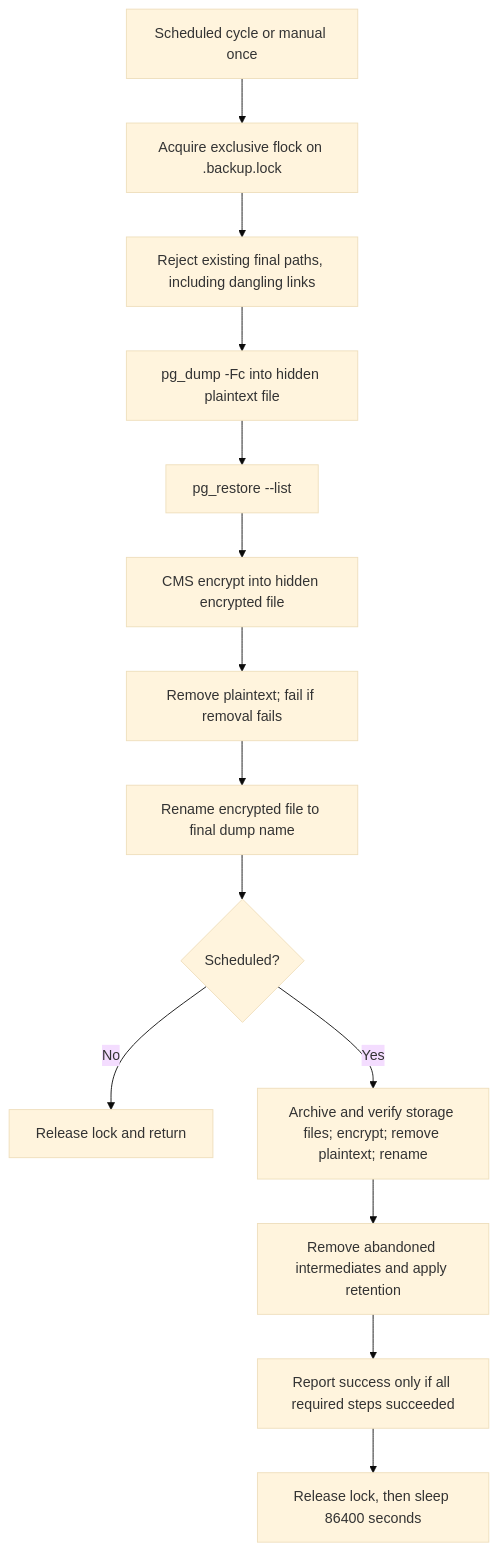
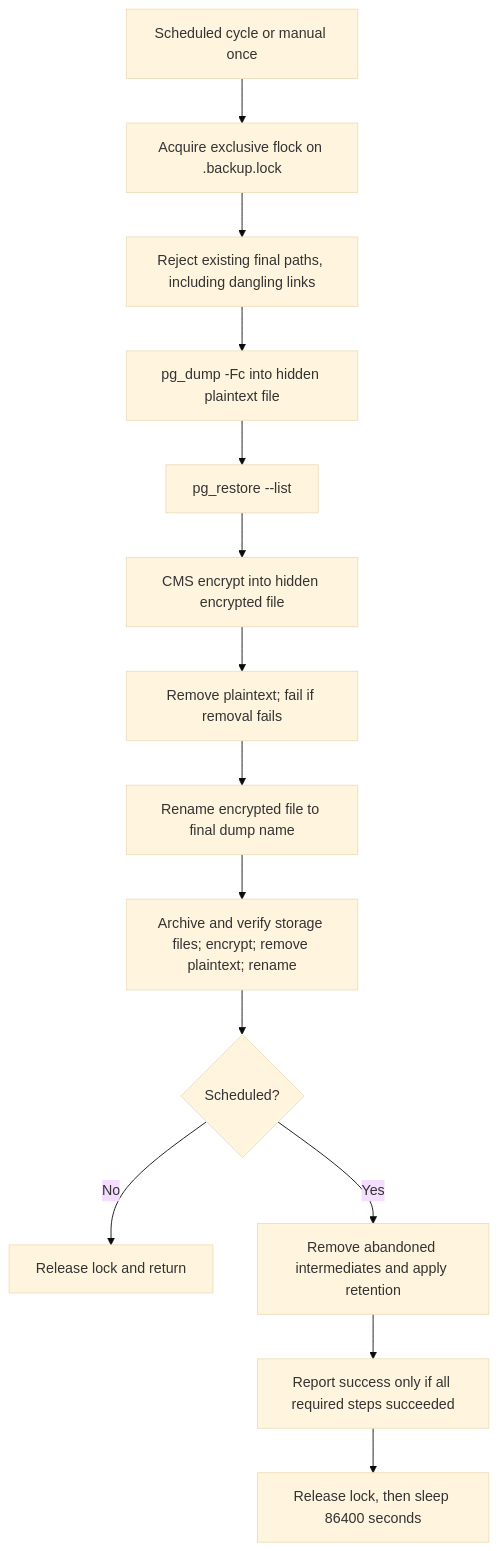
One commit to ohcnetwork/care_clinic changed the third of 6 diagrams in docs/backups-and-restore.md. Above: the diagram before and after it, drawn with Mermaid (base theme). The commit also changed other lines of this file and 35 other files, not shown here.

````diff
--- a/docs/backups-and-restore.md
+++ b/docs/backups-and-restore.md
@@ -395,16 +402,16 @@
 ```mermaid
 flowchart TD
     Request["Scheduled cycle or manual once"] --> Lock["Acquire exclusive flock on .backup.lock"]
     Lock --> Collision["Reject existing final paths, including dangling links"]
     Collision --> Dump["pg_dump -Fc into hidden plaintext file"]
     Dump --> Verify["pg_restore --list"]
     Verify --> Encrypt["CMS encrypt into hidden encrypted file"]
     Encrypt --> Remove["Remove plaintext; fail if removal fails"]
     Remove --> Publish["Rename encrypted file to final dump name"]
-    Publish --> Mode{"Scheduled?"}
+    Publish --> Files["Archive and verify storage files; encrypt; remove plaintext; rename"]
+    Files --> Mode{"Scheduled?"}
     Mode -- No --> Unlock["Release lock and return"]
-    Mode -- Yes --> Files["Archive and verify storage files; encrypt; remove plaintext; rename"]
-    Files --> Prune["Remove abandoned intermediates and apply retention"]
+    Mode -- Yes --> Prune["Remove abandoned intermediates and apply retention"]
     Prune --> Result["Report success only if all required steps succeeded"]
     Result --> Sleep["Release lock, then sleep 86400 seconds"]
 ```
````
